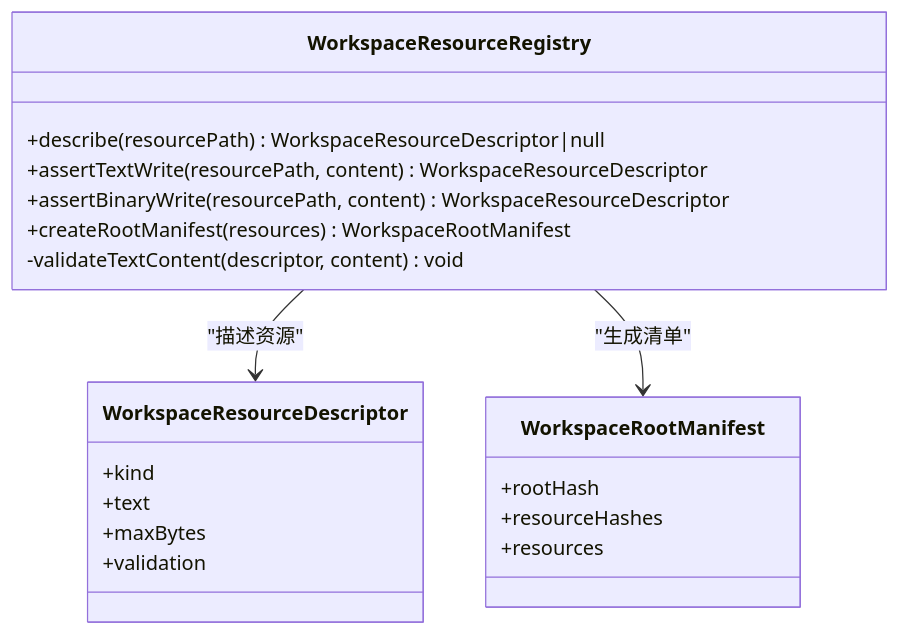
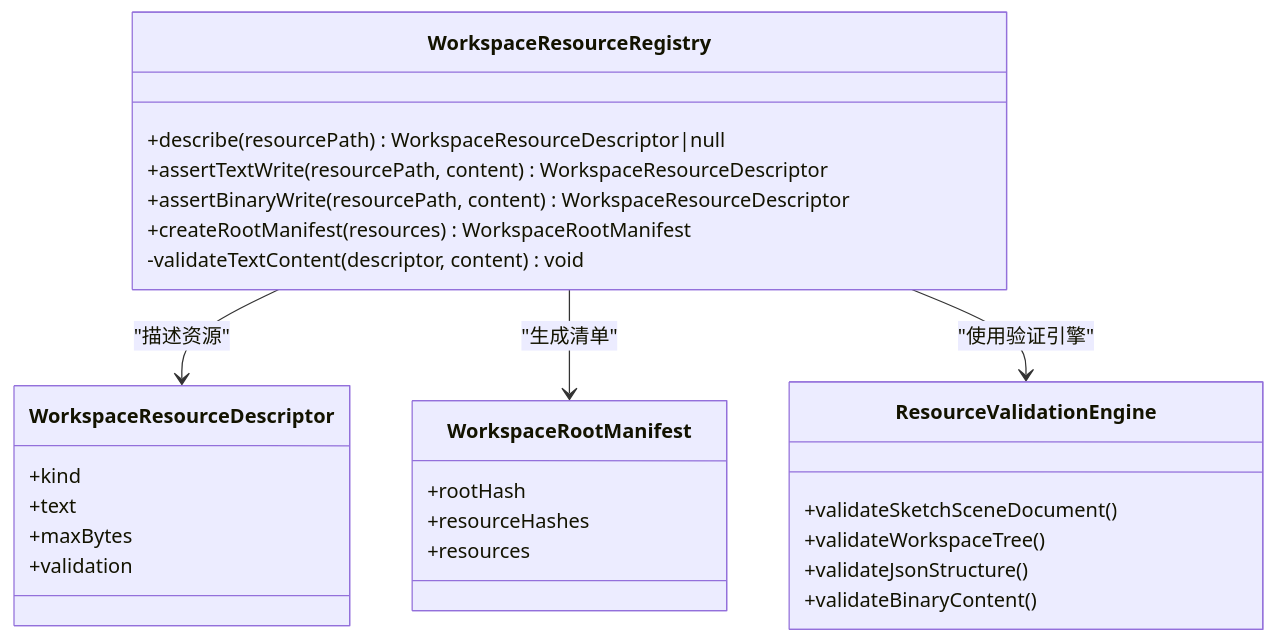
Before and after one commit to qihaogithub/workbench: the fourth of 7 diagrams in .qoder/repowiki/zh/content/核心服务/项目管理核心/项目管理核心.md, drawn with Mermaid. The commit also changed other lines of this file and 448 other files, not shown here.

````diff
--- a/.qoder/repowiki/zh/content/核心服务/项目管理核心/项目管理核心.md
+++ b/.qoder/repowiki/zh/content/核心服务/项目管理核心/项目管理核心.md
@@ -184,23 +207,30 @@
 ```mermaid
 classDiagram
 class WorkspaceResourceRegistry {
 +describe(resourcePath) WorkspaceResourceDescriptor|null
 +assertTextWrite(resourcePath, content) WorkspaceResourceDescriptor
 +assertBinaryWrite(resourcePath, content) WorkspaceResourceDescriptor
 +createRootManifest(resources) WorkspaceRootManifest
 -validateTextContent(descriptor, content) void
 }
 class WorkspaceResourceDescriptor {
 +kind
 +text
 +maxBytes
 +validation
 }
 class WorkspaceRootManifest {
 +rootHash
 +resourceHashes
 +resources
 }
+class ResourceValidationEngine {
++validateSketchSceneDocument()
++validateWorkspaceTree()
++validateJsonStructure()
++validateBinaryContent()
+}
 WorkspaceResourceRegistry --> WorkspaceResourceDescriptor : "描述资源"
 WorkspaceResourceRegistry --> WorkspaceRootManifest : "生成清单"
+WorkspaceResourceRegistry --> ResourceValidationEngine : "使用验证引擎"
 ```
````
